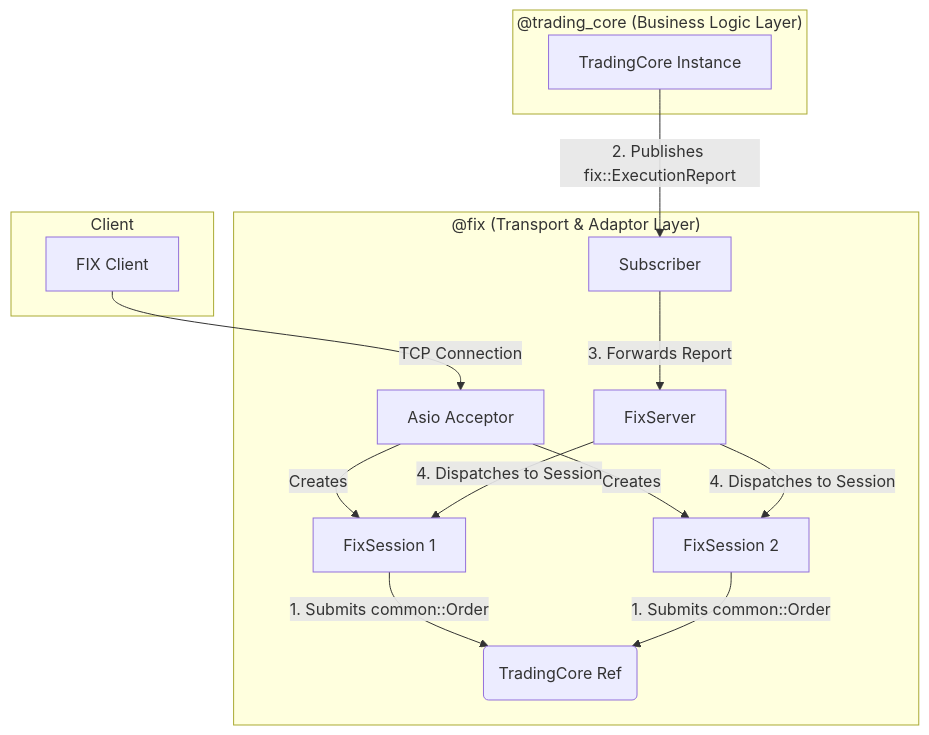
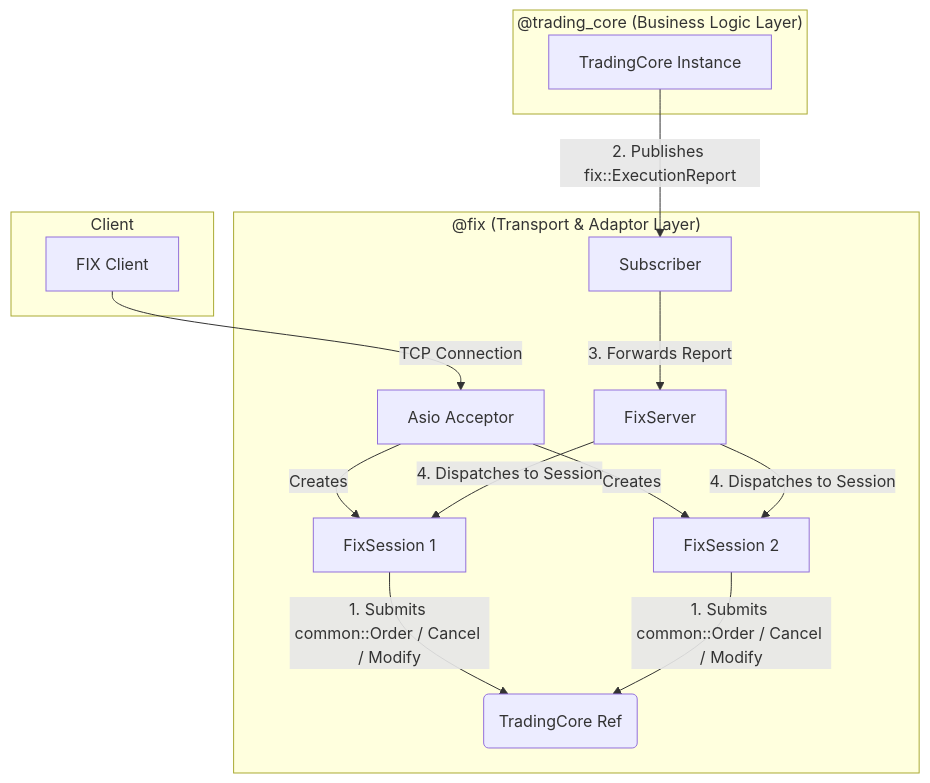
Before and after one commit to SujalChoudhari/BetaTrader: the diagram in core/fix/TSD.md, drawn with Mermaid. The commit also changed other lines of this file and 41 other files, not shown here.

````diff
--- a/core/fix/TSD.md
+++ b/core/fix/TSD.md
@@ -13,25 +13,25 @@
 ```mermaid
 graph TD
     subgraph "Client"
         C[FIX Client]
     end
 
     subgraph "@fix (Transport & Adaptor Layer)"
         A[Asio Acceptor] -->|Creates| S1[FixSession 1]
         A -->|Creates| S2[FixSession 2]
         
-        S1 --"1. Submits common::Order"--> TC_REF
-        S2 --"1. Submits common::Order"--> TC_REF
+        S1 --"1. Submits common::Order / Cancel / Modify"--> TC_REF
+        S2 --"1. Submits common::Order / Cancel / Modify"--> TC_REF
         TC_REF(TradingCore Ref)
 
         SUB[Subscriber] --"3. Forwards Report"--> SERVER[FixServer]
         SERVER --"4. Dispatches to Session"--> S1
         SERVER --"4. Dispatches to Session"--> S2
     end
 
     subgraph "@trading_core (Business Logic Layer)"
         TC[TradingCore Instance] --"2. Publishes fix::ExecutionReport"--> SUB
     end
 
     C --"TCP Connection"--> A
 ```
````
